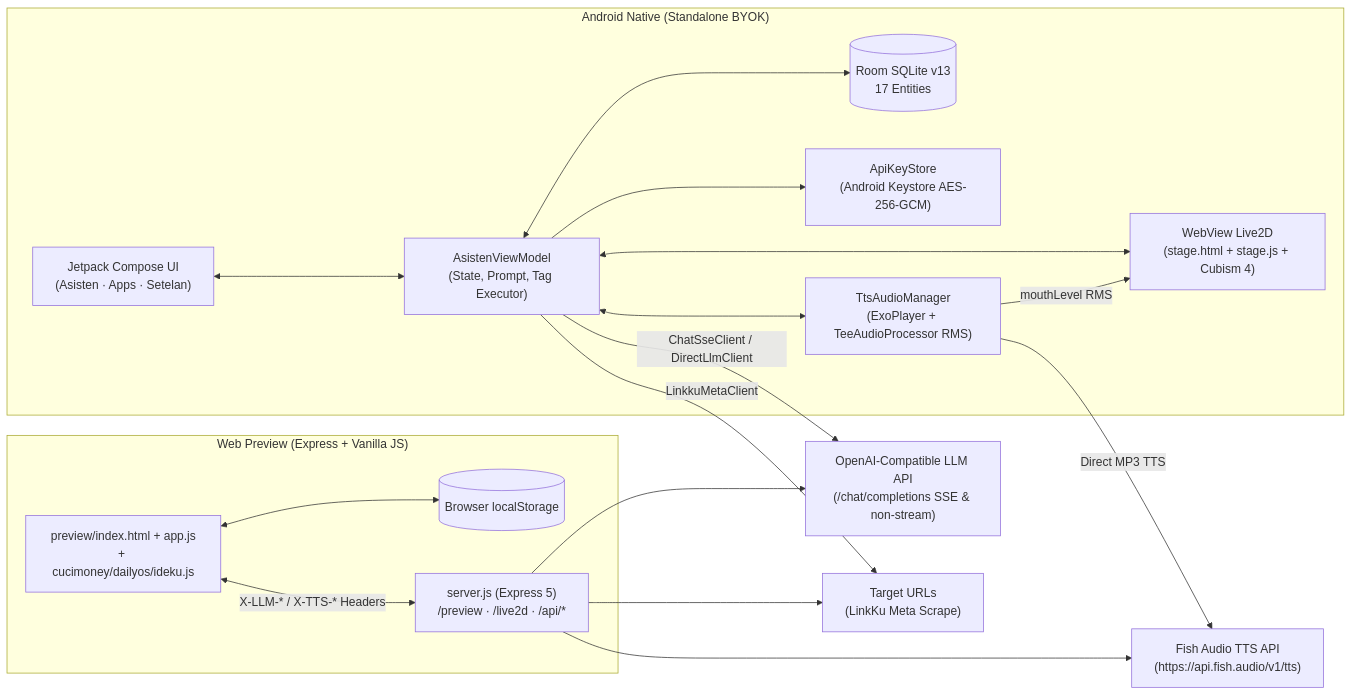
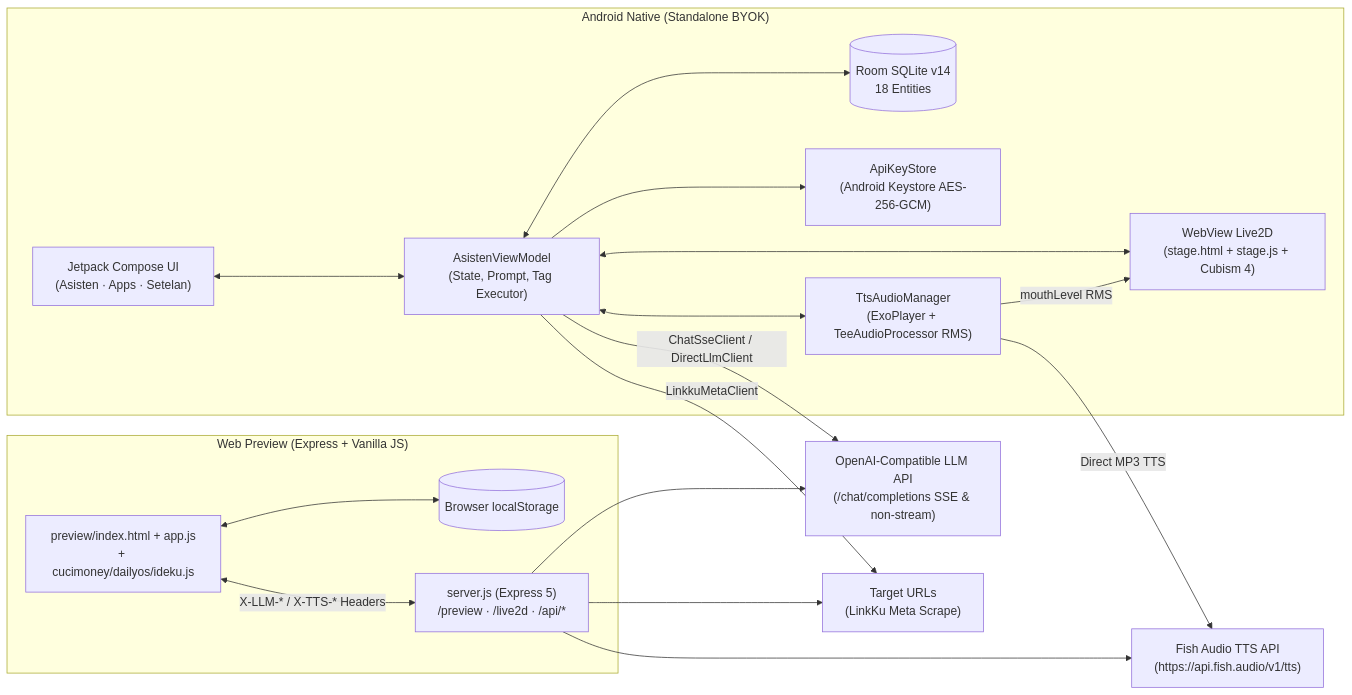
Before and after one commit to wisnuwrdh/Rem-assistant: the diagram in README.md, drawn with Mermaid. The commit also changed other lines of this file and 15 other files, not shown here.

````diff
--- a/README.md
+++ b/README.md
@@ -29,36 +29,36 @@
 ```mermaid
 flowchart LR
     subgraph Android["Android Native (Standalone BYOK)"]
         UI["Jetpack Compose UI\n(Asisten · Apps · Setelan)"]
         VM["AsistenViewModel\n(State, Prompt, Tag Executor)"]
-        DB[("Room SQLite v13\n17 Entities")]
+        DB[("Room SQLite v14\n18 Entities")]
         KS["ApiKeyStore\n(Android Keystore AES-256-GCM)"]
         WV["WebView Live2D\n(stage.html + stage.js + Cubism 4)"]
         EXO["TtsAudioManager\n(ExoPlayer + TeeAudioProcessor RMS)"]
         UI <--> VM
         VM <--> DB
         VM --> KS
         VM <--> WV
         VM <--> EXO
         EXO -->|mouthLevel RMS| WV
     end
 
     subgraph Web["Web Preview (Express + Vanilla JS)"]
         PUI["preview/index.html + app.js\n+ cucimoney/dailyos/ideku.js"]
         LS[("Browser localStorage")]
         SRV["server.js (Express 5)\n/preview · /live2d · /api/*"]
         PUI <--> LS
         PUI <-->|X-LLM-* / X-TTS-* Headers| SRV
     end
 
     LLM["OpenAI-Compatible LLM API\n(/chat/completions SSE & non-stream)"]
     FISH["Fish Audio TTS API\n(https://api.fish.audio/v1/tts)"]
     WEB["Target URLs\n(LinkKu Meta Scrape)"]
 
     VM -->|ChatSseClient / DirectLlmClient| LLM
     EXO -->|Direct MP3 TTS| FISH
     VM -->|LinkkuMetaClient| WEB
     SRV --> LLM
     SRV --> FISH
     SRV --> WEB
 ```
````
